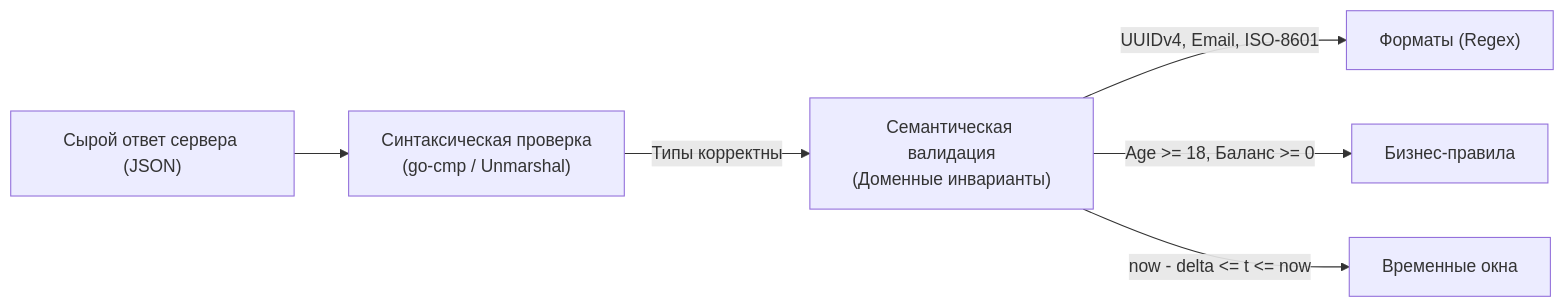
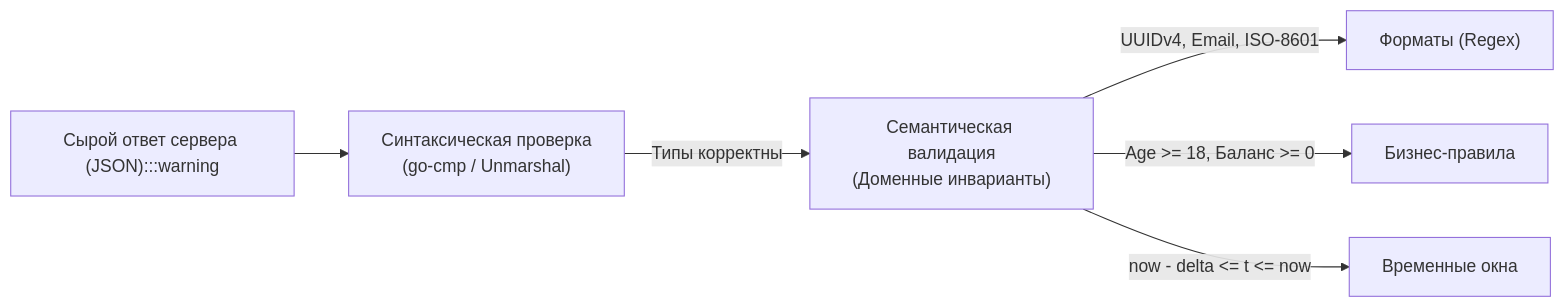
The diagram in sources/15. Тестирование в Go (QA & Testing)/06. HTTP и API тестирование/7. Валидация ответов.md (UnrealTemplier/go-textbook), drawn with Mermaid before and after one commit. The commit also changed 1666 other files, not shown here.

First line of the commit message:
feat(mermaid): add semantic color classDef to 1369 colorless flowchart/graph diagrams

````diff
--- a/sources/15. Тестирование в Go (QA & Testing)/06. HTTP и API тестирование/7. Валидация ответов.md
+++ b/sources/15. Тестирование в Go (QA & Testing)/06. HTTP и API тестирование/7. Валидация ответов.md
@@ -20,9 +20,19 @@
 ```mermaid
 flowchart LR
-    Resp["Сырой ответ сервера (JSON)"] --> Struct["Синтаксическая проверка<br>(go-cmp / Unmarshal)"]
+    classDef process  fill:#1e293b,stroke:#38bdf8,stroke-width:1px,color:#f8fafc
+    classDef success  fill:#064e3b,stroke:#34d399,stroke-width:1px,color:#f8fafc
+    classDef error    fill:#7f1d1d,stroke:#f87171,stroke-width:1px,color:#f8fafc
+    classDef warning  fill:#78350f,stroke:#fbbf24,stroke-width:1px,color:#f8fafc
+    classDef entry    fill:#1e3a5f,stroke:#38bdf8,stroke-width:2px,color:#f8fafc
+    classDef aux      fill:#334155,stroke:#64748b,stroke-width:1px,color:#f8fafc
+    classDef system   fill:#312e81,stroke:#a78bfa,stroke-width:1px,color:#f8fafc
+    classDef data     fill:#132d29,stroke:#2dd4bf,stroke-width:1px,color:#f8fafc
+    classDef network  fill:#881337,stroke:#fb7185,stroke-width:1px,color:#f8fafc
+    classDef accent   fill:#1e1b4b,stroke:#818cf8,stroke-width:1px,color:#f8fafc
+    Resp["Сырой ответ сервера (JSON):::warning"] --> Struct["Синтаксическая проверка<br>(go-cmp / Unmarshal)"]
     Struct -->|"Типы корректны"| Sem["Семантическая валидация<br>(Доменные инварианты)"]
     
     Sem -->|"UUIDv4, Email, ISO-8601"| V1["Форматы (Regex)"]
     Sem -->|"Age >= 18, Баланс >= 0"| V2["Бизнес-правила"]
     Sem -->|"now - delta <= t <= now"| V3["Временные окна"]
 ```
````
